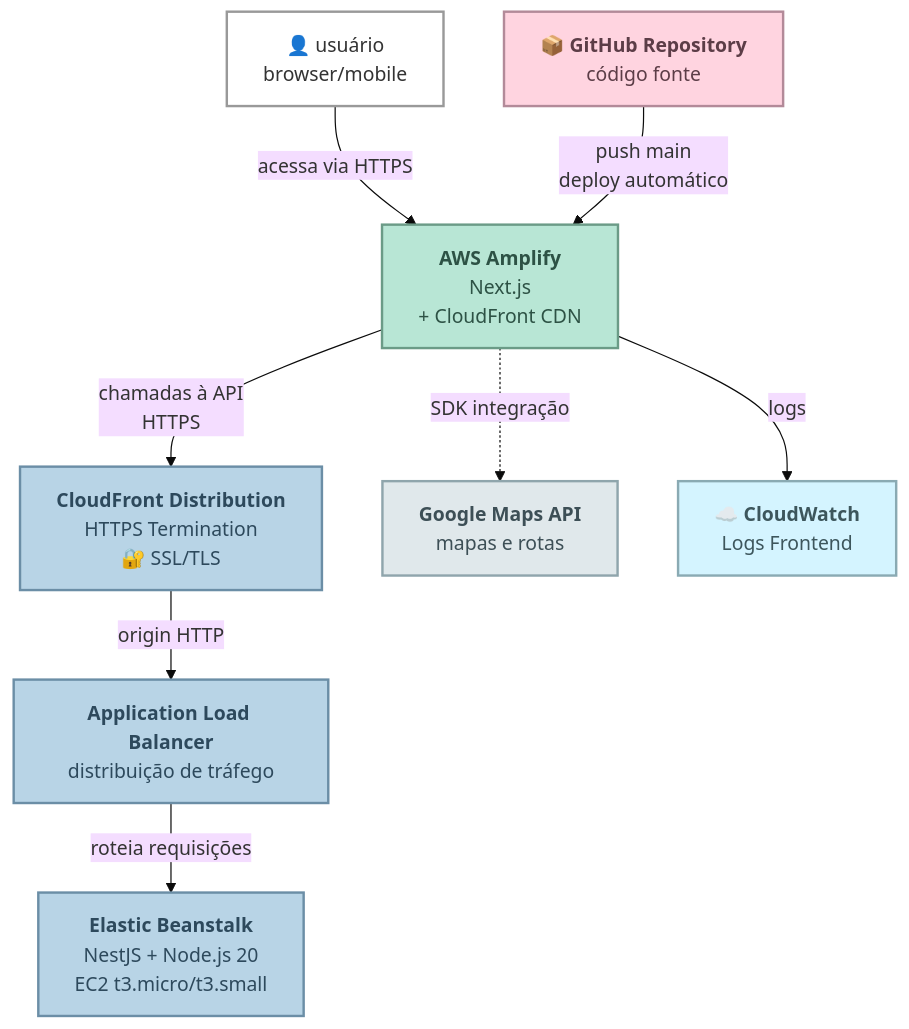
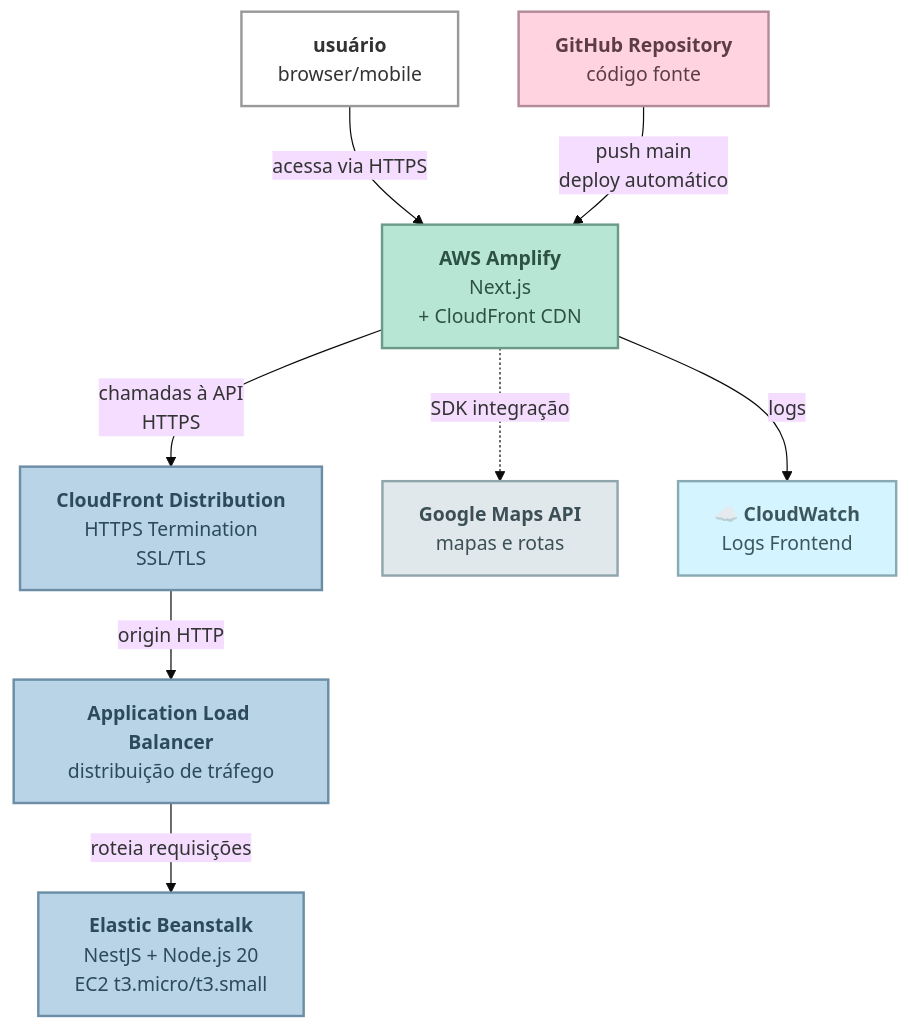
The first of 2 diagrams in docs/deploy-architecture.md (htamagnus/api-velox), drawn with Mermaid (base theme) before and after one commit. The commit also changed 1 other file, not shown here.

````diff
--- a/docs/deploy-architecture.md
+++ b/docs/deploy-architecture.md
@@ -9,40 +9,40 @@
 ```mermaid
 graph TB
   %% usuário
-  U[👤 usuário<br/>browser/mobile]
+  U[<b>usuário</b><br/>browser/mobile]
 
   %% frontend
   U -->|acessa via HTTPS| AMP[<b>AWS Amplify</b><br/>Next.js<br/>+ CloudFront CDN]
   
   %% api calls
-  AMP -->|chamadas à API<br/>HTTPS| CF[<b>CloudFront Distribution</b><br/>HTTPS Termination<br/>🔐 SSL/TLS]
+  AMP -->|chamadas à API<br/>HTTPS| CF[<b>CloudFront Distribution</b><br/>HTTPS Termination<br/>SSL/TLS]
   
   %% backend
   CF -->|origin HTTP| ALB[<b>Application Load Balancer</b><br/>distribuição de tráfego]
   ALB -->|roteia requisições| EB[<b>Elastic Beanstalk</b><br/>NestJS + Node.js 20<br/>EC2 t3.micro/t3.small]
   
   %% apis externas frontend
   AMP -.->|SDK integração| GMAPS[<b>Google Maps API</b><br/>mapas e rotas]
   
   %% ci/cd frontend automático
-  GH[📦 <b>GitHub Repository</b><br/>código fonte]
+  GH[<b>GitHub Repository</b><br/>código fonte]
   GH -->|push main<br/>deploy automático| AMP
   
   %% monitoramento
   AMP -->|logs| CWFRONT[☁️ <b>CloudWatch</b><br/>Logs Frontend]
 
   %% estilo com tons pastéis suaves
   classDef frontend fill:#B8E6D5,stroke:#6B9B87,stroke-width:2px,color:#2D5245
   classDef backend fill:#B8D4E6,stroke:#6B8EA6,stroke-width:2px,color:#2D495C
   classDef external fill:#E0E8EB,stroke:#8FA5AC,stroke-width:2px,color:#3D4F56
   classDef cicd fill:#FFD4E0,stroke:#B38A99,stroke-width:2px,color:#5C3D47
   classDef monitoring fill:#D4F4FF,stroke:#8AAAB3,stroke-width:2px,color:#3D565C
   classDef user fill:#FFF,stroke:#999,stroke-width:2px,color:#333
 
   class U user
   class AMP frontend
   class CF,ALB,EB backend
   class GMAPS external
   class GH cicd
   class CWFRONT monitoring
 ```
````
